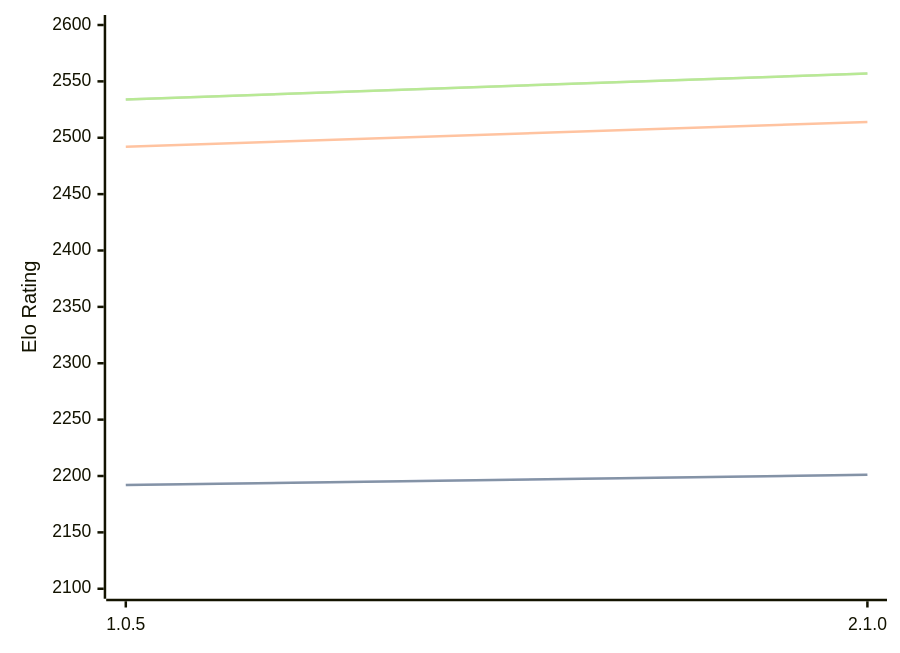
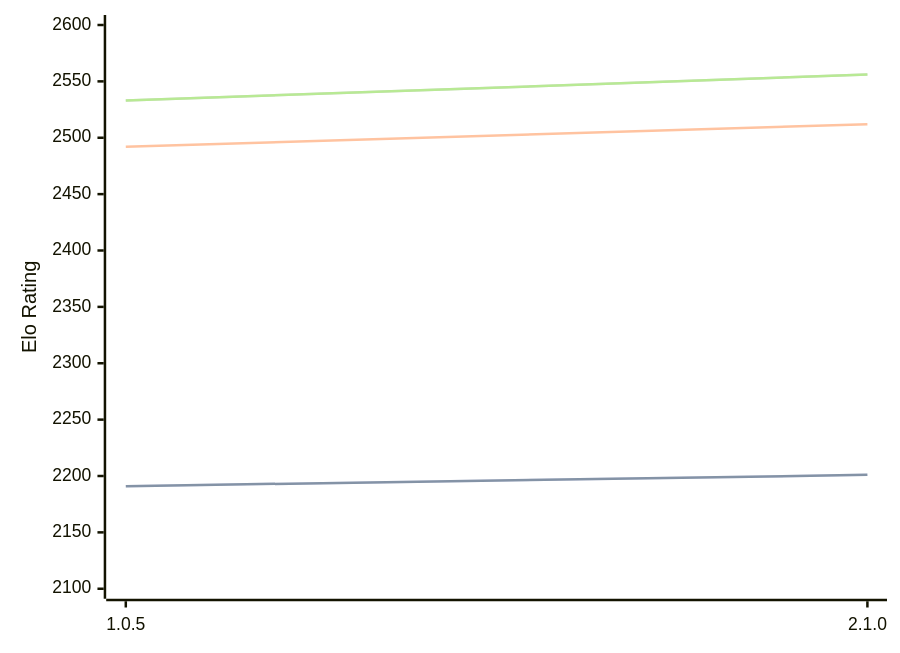
Before and after one commit to computer-chess-index/cci: the diagram in engines/Ruffian.md, drawn with Mermaid. The commit also changed other lines of this file, not shown here.

Commit message:
Update CCI Ratings (ELO VLTC) - 2026-03-03

````diff
--- a/engines/Ruffian.md
+++ b/engines/Ruffian.md
@@ -30,11 +30,11 @@
 ```mermaid
 %%{init: {"theme":"base","themeVariables":{"seriesColors:['#a3a3a3','#222221','#faa371']}}}%%
 xychart-beta
   x-axis ["1.0.5", "2.1.0"]
   y-axis "Elo Rating" 2100 --> 2600
-  line "STC (8.0+0.08s)" [2192, 2201]
-  line "STC (8.0+0.08s)" [2192, 2201]
-  line "LTC (60.0+0.60s)" [2492, 2514]
-  line "VLTC (2m24s+1.12s)" [2534, 2557]
-  line "VLTC (2m24s+1.12s)" [2534, 2557]
+  line "STC (8.0+0.08s)" [2191, 2201]
+  line "STC (8.0+0.08s)" [2191, 2201]
+  line "LTC (60.0+0.60s)" [2492, 2512]
+  line "VLTC (2m24s+1.12s)" [2533, 2556]
+  line "VLTC (2m24s+1.12s)" [2533, 2556]
 ```
````
